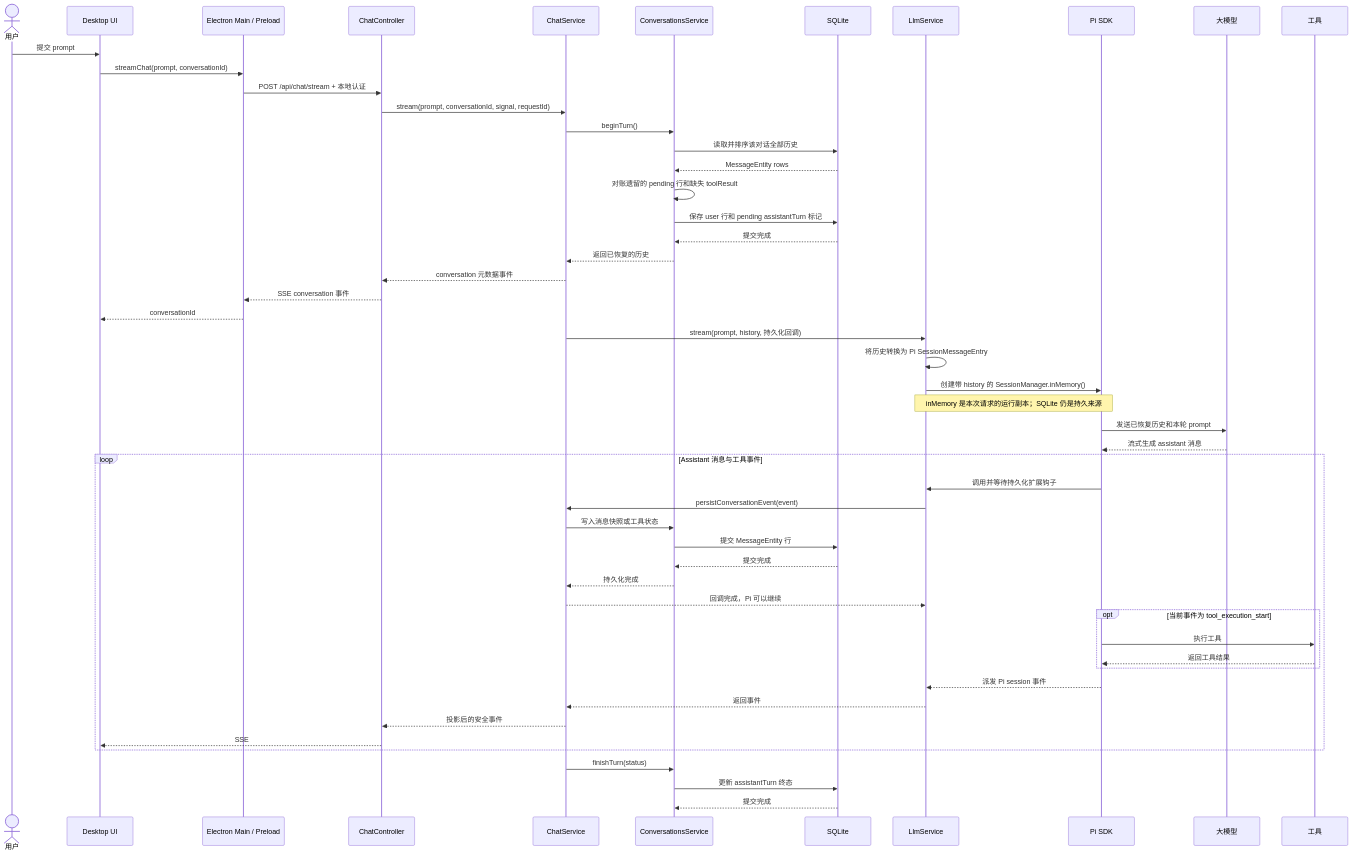
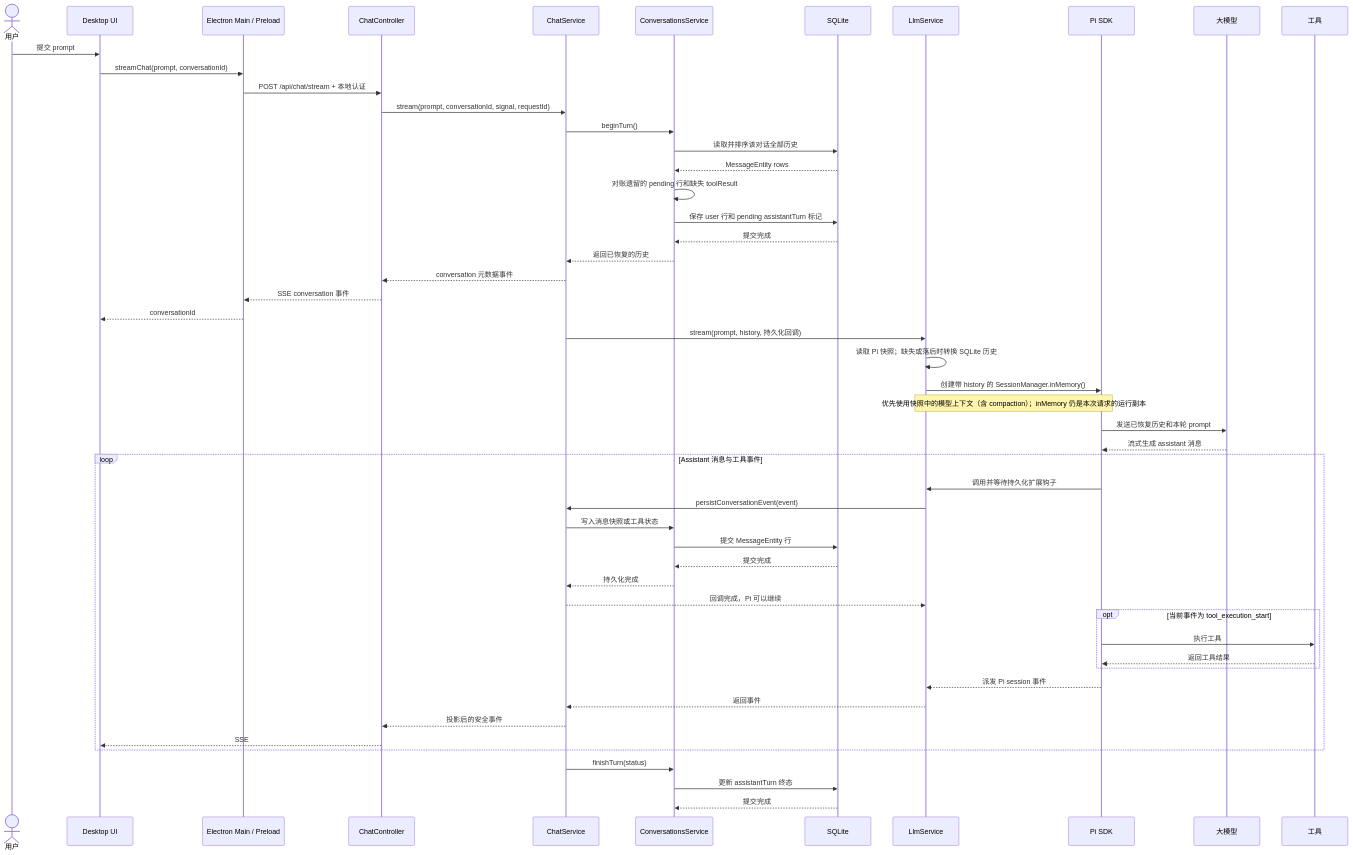
Before and after one commit to yuchentime/tech-forge: the diagram in docs/current/platform/agent-runtime.md, drawn with Mermaid. The commit also changed other lines of this file and 10 other files, not shown here.

````diff
--- a/docs/current/platform/agent-runtime.md
+++ b/docs/current/platform/agent-runtime.md
@@ -52,58 +52,58 @@
 ```mermaid
 sequenceDiagram
     actor User as 用户
     participant UI as Desktop UI
     participant Main as Electron Main / Preload
     participant HTTP as ChatController
     participant Chat as ChatService
     participant Conv as ConversationsService
     participant DB as SQLite
     participant LLM as LlmService
     participant Pi as Pi SDK
     participant Model as 大模型
     participant Tool as 工具
 
     User->>UI: 提交 prompt
     UI->>Main: streamChat(prompt, conversationId)
     Main->>HTTP: POST /api/chat/stream + 本地认证
     HTTP->>Chat: stream(prompt, conversationId, signal, requestId)
     Chat->>Conv: beginTurn()
     Conv->>DB: 读取并排序该对话全部历史
     DB-->>Conv: MessageEntity rows
     Conv->>Conv: 对账遗留的 pending 行和缺失 toolResult
     Conv->>DB: 保存 user 行和 pending assistantTurn 标记
     DB-->>Conv: 提交完成
     Conv-->>Chat: 返回已恢复的历史
     Chat-->>HTTP: conversation 元数据事件
     HTTP-->>Main: SSE conversation 事件
     Main-->>UI: conversationId
 
     Chat->>LLM: stream(prompt, history, 持久化回调)
-    LLM->>LLM: 将历史转换为 Pi SessionMessageEntry
+    LLM->>LLM: 读取 Pi 快照；缺失或落后时转换 SQLite 历史
     LLM->>Pi: 创建带 history 的 SessionManager.inMemory()
-    Note over LLM,Pi: inMemory 是本次请求的运行副本；SQLite 仍是持久来源
+    Note over LLM,Pi: 优先使用快照中的模型上下文（含 compaction）；inMemory 仍是本次请求的运行副本
     Pi->>Model: 发送已恢复历史和本轮 prompt
     Model-->>Pi: 流式生成 assistant 消息
 
     loop Assistant 消息与工具事件
         Pi->>LLM: 调用并等待持久化扩展钩子
         LLM->>Chat: persistConversationEvent(event)
         Chat->>Conv: 写入消息快照或工具状态
         Conv->>DB: 提交 MessageEntity 行
         DB-->>Conv: 提交完成
         Conv-->>Chat: 持久化完成
         Chat-->>LLM: 回调完成，Pi 可以继续
         opt 当前事件为 tool_execution_start
             Pi->>Tool: 执行工具
             Tool-->>Pi: 返回工具结果
         end
         Pi-->>LLM: 派发 Pi session 事件
         LLM-->>Chat: 返回事件
         Chat-->>HTTP: 投影后的安全事件
         HTTP-->>UI: SSE
     end
 
     Chat->>Conv: finishTurn(status)
     Conv->>DB: 更新 assistantTurn 终态
     DB-->>Conv: 提交完成
 ```
````
